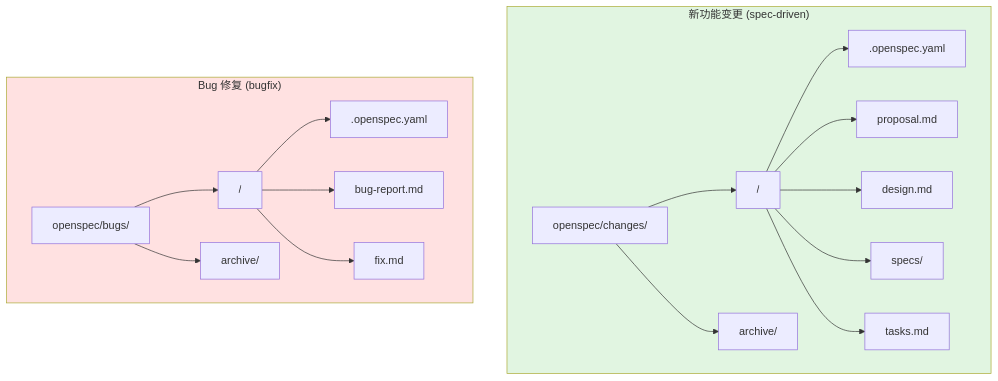
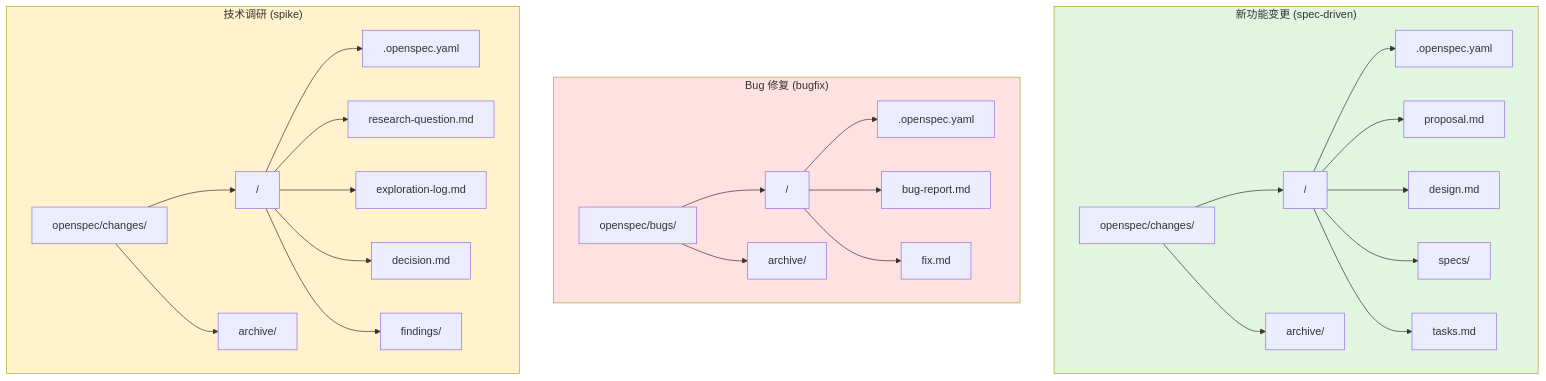
One commit to lihaizhong/niuma changed the fifth of 13 diagrams in docs/openspec/01-overview.md. Above: the diagram before and after it, drawn with Mermaid. The commit also changed other lines of this file and 2 other files, not shown here.

First line of the commit message:
docs: update openspec documentation to reflect all three workflow schemas

````diff
--- a/docs/openspec/01-overview.md
+++ b/docs/openspec/01-overview.md
@@ -118,39 +118,59 @@
 ```mermaid
 flowchart TB
     subgraph SpecDriven["新功能变更 (spec-driven)"]
         SD1[openspec/changes/]
         SD2["<change-name>/"]
         SD3[".openspec.yaml"]
         SD4["proposal.md"]
         SD5["design.md"]
         SD6["specs/"]
         SD7["tasks.md"]
         SD8["archive/"]
 
         SD1 --> SD2
         SD2 --> SD3
         SD2 --> SD4
         SD2 --> SD5
         SD2 --> SD6
         SD2 --> SD7
         SD1 --> SD8
     end
 
     subgraph Bugfix["Bug 修复 (bugfix)"]
         BF1[openspec/bugs/]
         BF2["<bug-id>/"]
         BF3[".openspec.yaml"]
         BF4["bug-report.md"]
         BF5["fix.md"]
         BF6["archive/"]
 
         BF1 --> BF2
         BF2 --> BF3
         BF2 --> BF4
         BF2 --> BF5
         BF1 --> BF6
     end
 
+    subgraph Spike["技术调研 (spike)"]
+        SP1[openspec/changes/]
+        SP2["<spike-name>/"]
+        SP3[".openspec.yaml"]
+        SP4["research-question.md"]
+        SP5["exploration-log.md"]
+        SP6["decision.md"]
+        SP7["findings/"]
+        SP8["archive/"]
+
+        SP1 --> SP2
+        SP2 --> SP3
+        SP2 --> SP4
+        SP2 --> SP5
+        SP2 --> SP6
+        SP2 --> SP7
+        SP1 --> SP8
+    end
+
     style SpecDriven fill:#e1f5e1
     style Bugfix fill:#ffe1e1
+    style Spike fill:#fff2cc
 ```
````
